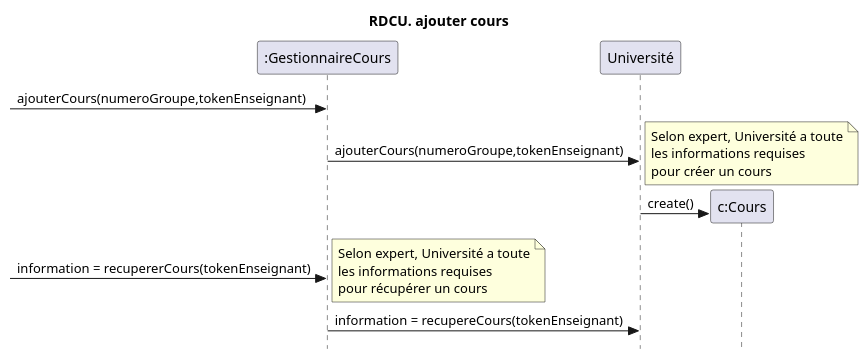
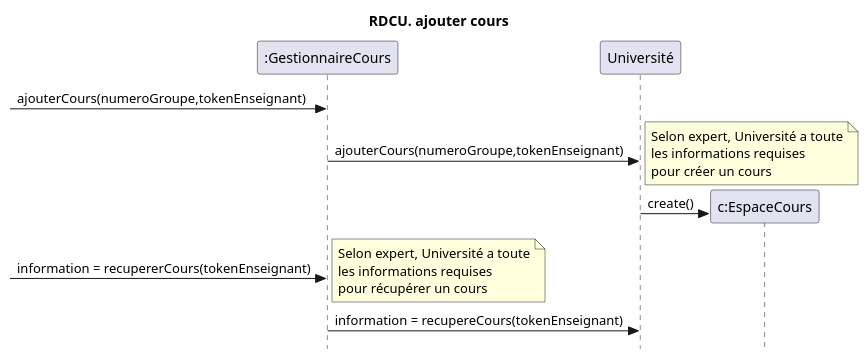
The diagram in docs/Ajouter cours/RDCU_ajouterCours.puml (nerdz88/SGA-TS), drawn with PlantUML before and after one commit. The commit also changed 7 other files, not shown here.

```diff
--- a/docs/Ajouter cours/RDCU_ajouterCours.puml
+++ b/docs/Ajouter cours/RDCU_ajouterCours.puml
@@ -1,17 +1,17 @@
 @startuml creerNouveauCours
 skinparam style strictuml
 skinparam defaultfontname Verdana
 title RDCU. ajouter cours
 participant ":GestionnaireCours" as controlleur
 participant "Université" as sga
-participant "c:Cours" as cours
+participant "c:EspaceCours" as cours
 
 -> controlleur : ajouterCours(numeroGroupe,tokenEnseignant)
   controlleur->sga : ajouterCours(numeroGroupe,tokenEnseignant)
   note right : Selon expert, Université a toute\nles informations requises\npour créer un cours
   create cours
   sga->cours : create()
   -> controlleur : information = recupererCours(tokenEnseignant)
 note right : Selon expert, Université a toute\nles informations requises\npour récupérer un cours
   controlleur -> sga : information = recupereCours(tokenEnseignant)
   @enduml
```
